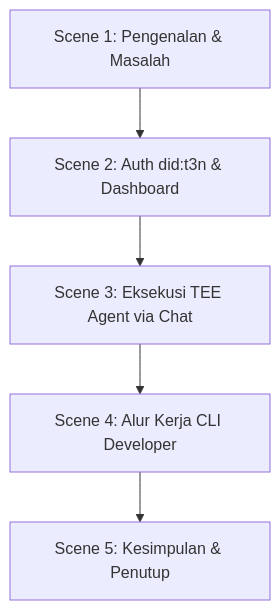
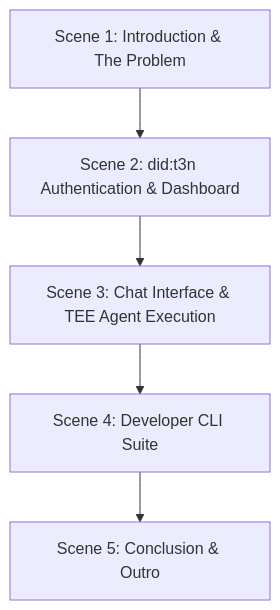
The diagram in DEMO_VIDEO_SCRIPT.md (maulana-tech/bount-ai), drawn with Mermaid before and after one commit. The commit also changed other lines of this file, not shown here.

````diff
--- a/DEMO_VIDEO_SCRIPT.md
+++ b/DEMO_VIDEO_SCRIPT.md
@@ -15,7 +15,7 @@
 ```mermaid
 graph TD
-    A[Scene 1: Pengenalan & Masalah] --> B[Scene 2: Auth did:t3n & Dashboard]
-    B --> C[Scene 3: Eksekusi TEE Agent via Chat]
-    C --> D[Scene 4: Alur Kerja CLI Developer]
-    D --> E[Scene 5: Kesimpulan & Penutup]
+    A[Scene 1: Introduction & The Problem] --> B[Scene 2: did:t3n Authentication & Dashboard]
+    B --> C[Scene 3: Chat Interface & TEE Agent Execution]
+    C --> D[Scene 4: Developer CLI Suite]
+    D --> E[Scene 5: Conclusion & Outro]
 ```
````
